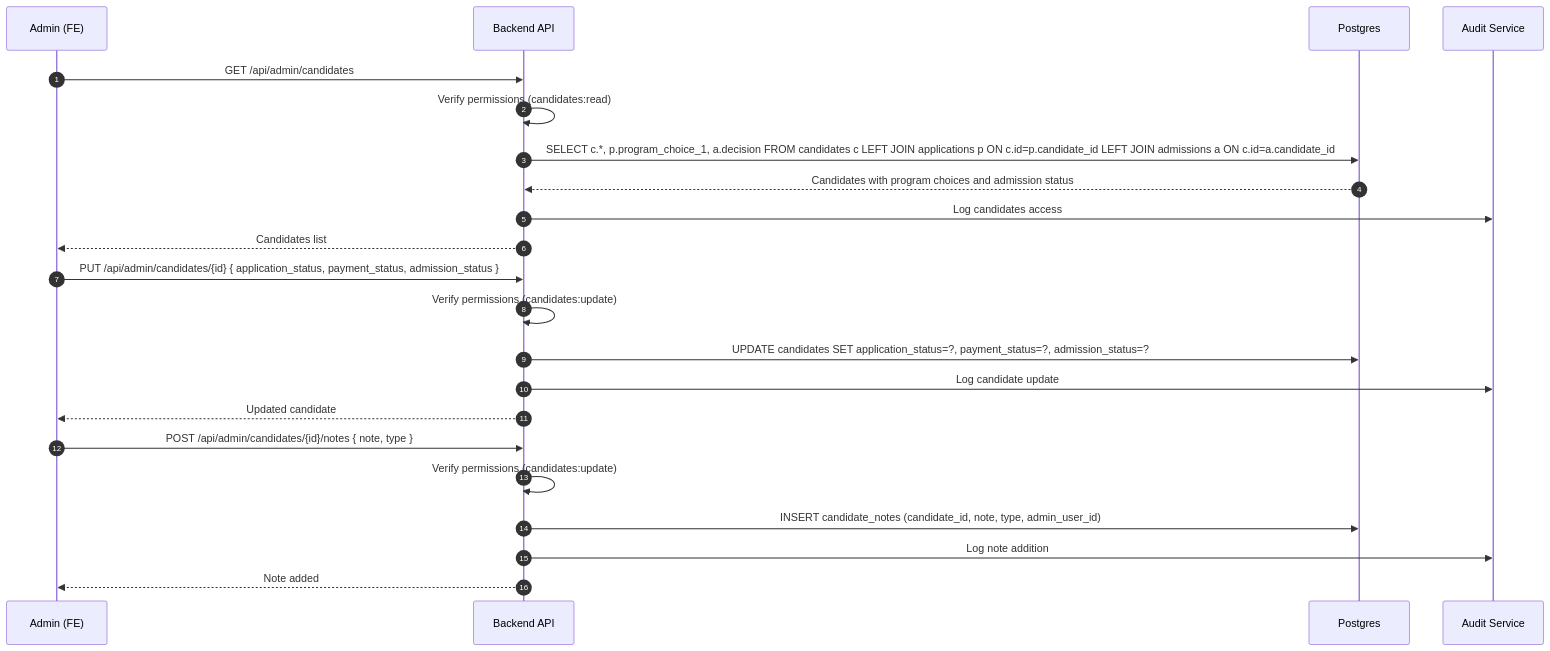
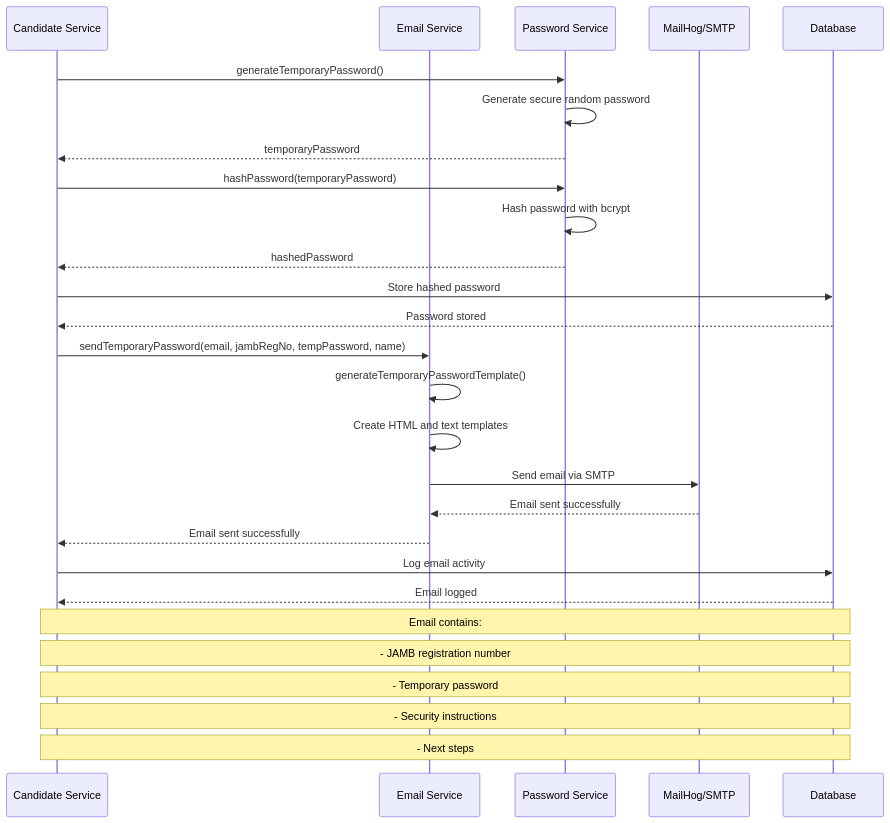
The ninth of 17 diagrams in docs/sequence-diagrams.md (sbikelly/fuep_api), drawn with Mermaid before and after one commit. The commit also changed other lines of this file and 35 other files, not shown here.

````diff
--- a/docs/sequence-diagrams.md
+++ b/docs/sequence-diagrams.md
@@ -473,27 +338,36 @@
 ```mermaid
 sequenceDiagram
-  autonumber
-  participant ADM as Admin (FE)
-  participant API as Backend API
-  participant DB as Postgres
-  participant AUDIT as Audit Service
+    participant CS as Candidate Service
+    participant ES as Email Service
+    participant PS as Password Service
+    participant M as MailHog/SMTP
+    participant DB as Database
 
-  ADM->>API: GET /api/admin/candidates
-  API->>API: Verify permissions (candidates:read)
-  API->>DB: SELECT c.*, p.program_choice_1, a.decision FROM candidates c LEFT JOIN applications p ON c.id=p.candidate_id LEFT JOIN admissions a ON c.id=a.candidate_id
-  DB-->>API: Candidates with program choices and admission status
-  API->>AUDIT: Log candidates access
-  API-->>ADM: Candidates list
+    CS->>PS: generateTemporaryPassword()
+    PS->>PS: Generate secure random password
+    PS-->>CS: temporaryPassword
 
-  ADM->>API: PUT /api/admin/candidates/{id} { application_status, payment_status, admission_status }
-  API->>API: Verify permissions (candidates:update)
-  API->>DB: UPDATE candidates SET application_status=?, payment_status=?, admission_status=?
-  API->>AUDIT: Log candidate update
-  API-->>ADM: Updated candidate
+    CS->>PS: hashPassword(temporaryPassword)
+    PS->>PS: Hash password with bcrypt
+    PS-->>CS: hashedPassword
 
-  ADM->>API: POST /api/admin/candidates/{id}/notes { note, type }
-  API->>API: Verify permissions (candidates:update)
-  API->>DB: INSERT candidate_notes (candidate_id, note, type, admin_user_id)
-  API->>AUDIT: Log note addition
-  API-->>ADM: Note added
+    CS->>DB: Store hashed password
+    DB-->>CS: Password stored
+
+    CS->>ES: sendTemporaryPassword(email, jambRegNo, tempPassword, name)
+    ES->>ES: generateTemporaryPasswordTemplate()
+    ES->>ES: Create HTML and text templates
+
+    ES->>M: Send email via SMTP
+    M-->>ES: Email sent successfully
+
+    ES-->>CS: Email sent successfully
+    CS->>DB: Log email activity
+    DB-->>CS: Email logged
+
+    Note over CS,DB: Email contains:
+    Note over CS,DB: - JAMB registration number
+    Note over CS,DB: - Temporary password
+    Note over CS,DB: - Security instructions
+    Note over CS,DB: - Next steps
 ```
````
